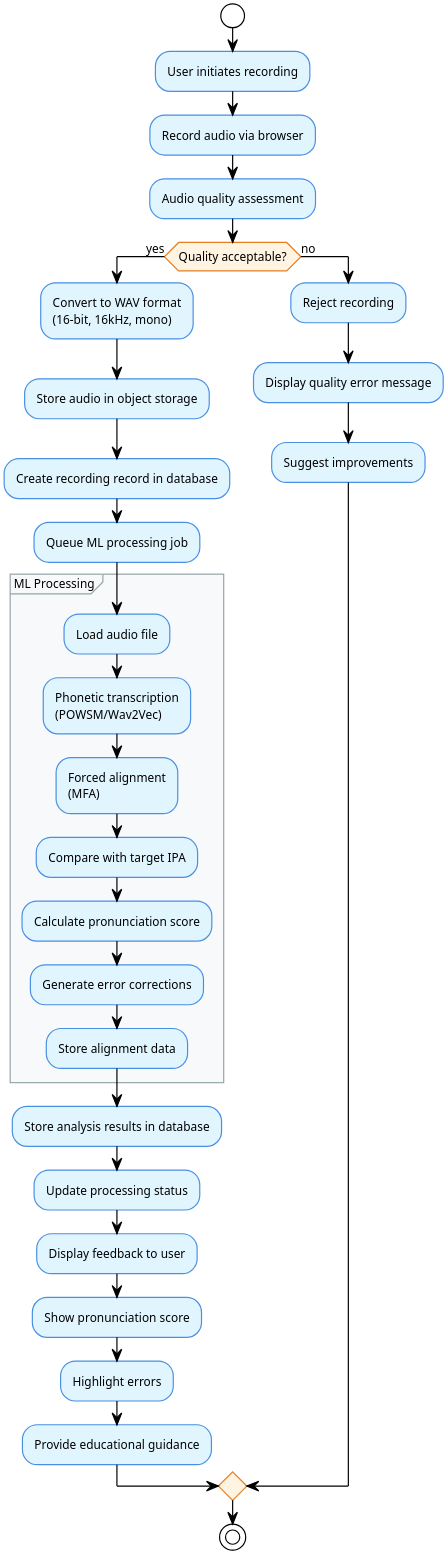
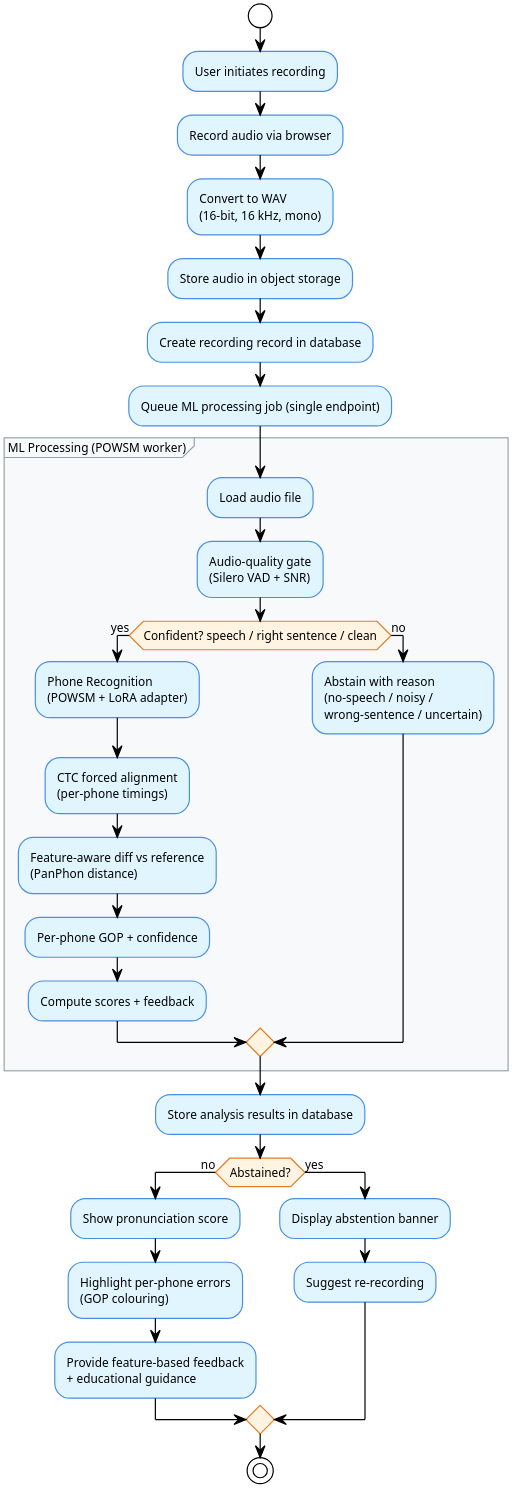
The diagram in doc/report/diagrams/activity-diagram.puml (umitcan07/senior), drawn with PlantUML before and after one commit. The commit also changed 40 other files, not shown here.

```diff
--- a/doc/report/diagrams/activity-diagram.puml
+++ b/doc/report/diagrams/activity-diagram.puml
@@ -1,61 +1,58 @@
 @startuml
 !theme plain
 skinparam dpi 300
 skinparam activity {
     BackgroundColor #E1F5FF
     BorderColor #4A90E2
     FontColor #000000
     FontSize 10
 }
 skinparam defaultFontSize 10
 skinparam activityDiamond {
     BackgroundColor #FFF4E1
     BorderColor #E67E22
 }
 skinparam partition {
     BackgroundColor #F8F9FA
     BorderColor #95A5A6
 }
 
 start
 
 :User initiates recording;
 
 :Record audio via browser;
 
-:Audio quality assessment;
+:Convert to WAV\n(16-bit, 16 kHz, mono);
+:Store audio in object storage;
+:Create recording record in database;
+:Queue ML processing job (single endpoint);
 
-if (Quality acceptable?) then (yes)
-  :Convert to WAV format\n(16-bit, 16kHz, mono);
-  :Store audio in object storage;
-  :Create recording record in database;
-  
-  :Queue ML processing job;
-  
-  partition "ML Processing" {
-    :Load audio file;
-    :Phonetic transcription\n(POWSM/Wav2Vec);
-    :Forced alignment\n(MFA);
-    :Compare with target IPA;
-    :Calculate pronunciation score;
-    :Generate error corrections;
-    :Store alignment data;
-  }
-  
-  :Store analysis results in database;
-  :Update processing status;
-  
-  :Display feedback to user;
+partition "ML Processing (POWSM worker)" {
+  :Load audio file;
+  :Audio-quality gate\n(Silero VAD + SNR);
+  if (Confident? speech / right sentence / clean) then (yes)
+    :Phone Recognition\n(POWSM + LoRA adapter);
+    :CTC forced alignment\n(per-phone timings);
+    :Feature-aware diff vs reference\n(PanPhon distance);
+    :Per-phone GOP + confidence;
+    :Compute scores + feedback;
+  else (no)
+    :Abstain with reason\n(no-speech / noisy /\nwrong-sentence / uncertain);
+  endif
+}
+
+:Store analysis results in database;
+
+if (Abstained?) then (no)
   :Show pronunciation score;
-  :Highlight errors;
-  :Provide educational guidance;
-  
-else (no)
-  :Reject recording;
-  :Display quality error message;
-  :Suggest improvements;
+  :Highlight per-phone errors\n(GOP colouring);
+  :Provide feature-based feedback\n+ educational guidance;
+else (yes)
+  :Display abstention banner;
+  :Suggest re-recording;
 endif
 
 stop
 
 @enduml
```
